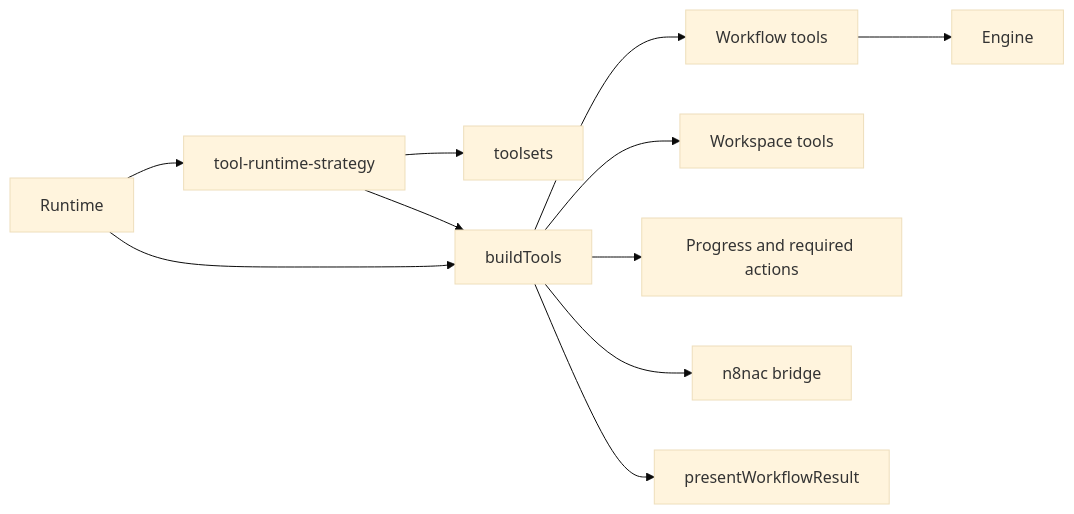
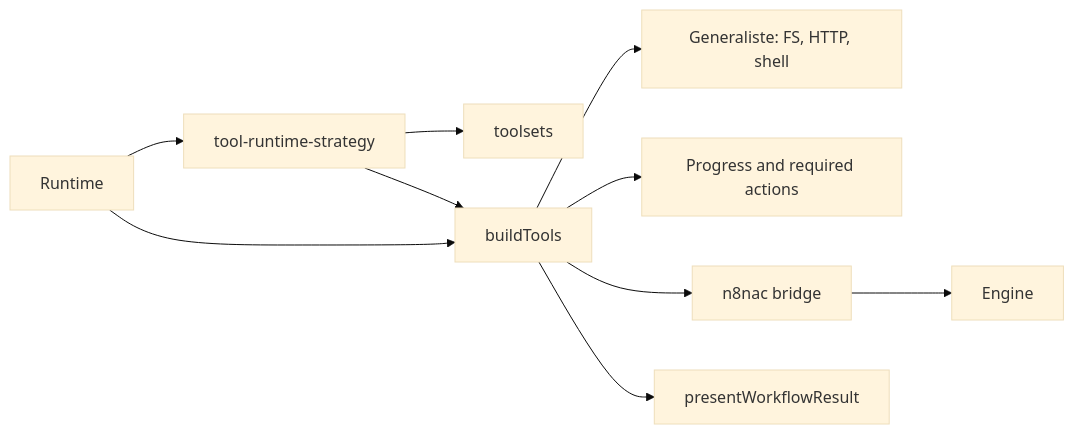
Before and after one commit to EtienneLescot/yagr: the fourth of 4 diagrams in architecture/current/module-map.md, drawn with Mermaid (base theme). The commit also changed other lines of this file and 4 other files, not shown here.

Commit message:
feat: update architecture documentation and remove obsolete agent tooling doctrine

````diff
--- a/architecture/current/module-map.md
+++ b/architecture/current/module-map.md
@@ -152,24 +154,22 @@
 ```mermaid
 flowchart LR
     RT[Runtime]
     POL[tool-runtime-strategy]
     SETS[toolsets]
     BT[buildTools]
-    WF[Workflow tools]
-    WS[Workspace tools]
+    GEN[Generaliste: FS, HTTP, shell]
     UX[Progress and required actions]
     CLI[n8nac bridge]
     PRES[presentWorkflowResult]
     ENG[Engine]
 
     RT --> BT
     RT --> POL
     POL --> SETS
     POL --> BT
-    BT --> WF
-    BT --> WS
+    BT --> GEN
     BT --> UX
     BT --> CLI
     BT --> PRES
-    WF --> ENG
+    CLI --> ENG
 ```
````
